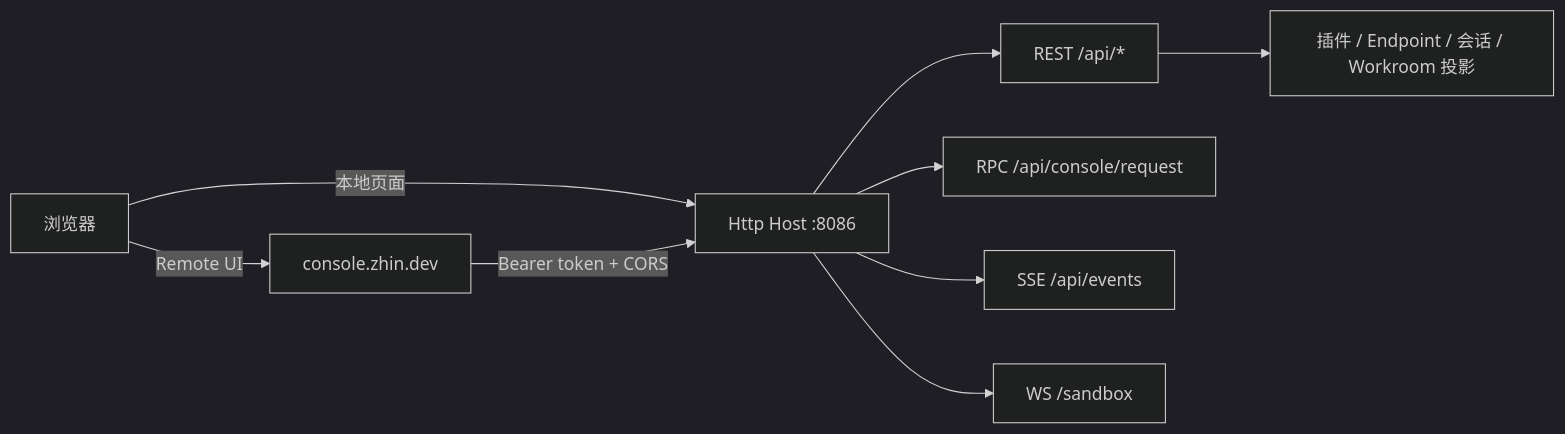
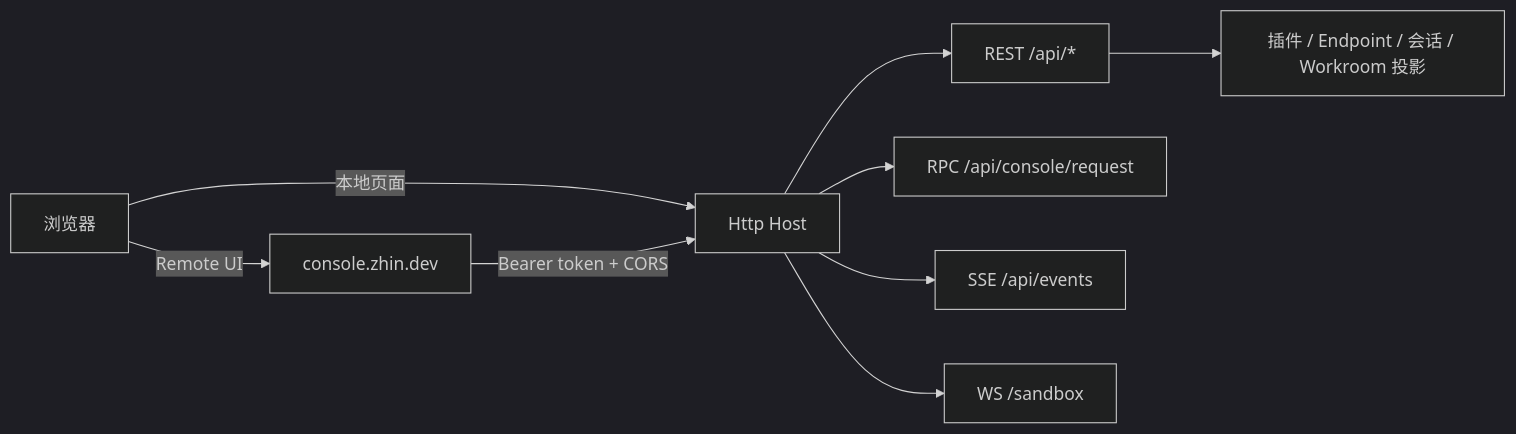
One commit to zhinjs/zhin changed the diagram in docs/console/index.md. Above: the diagram before and after it, drawn with Mermaid (dark theme). The commit also changed other lines of this file and 51 other files, not shown here.

````diff
--- a/docs/console/index.md
+++ b/docs/console/index.md
@@ -9,11 +11,11 @@
 ```mermaid
 flowchart LR
     B[浏览器] -->|Remote UI| RC[console.zhin.dev]
     B -->|本地页面| H
-    RC -->|Bearer token + CORS| H[Http Host :8086]
+    RC -->|Bearer token + CORS| H[Http Host]
     H --> R1[REST /api/*]
     H --> R2[RPC /api/console/request]
     H --> R3[SSE /api/events]
     H --> R4[WS /sandbox]
     R1 --> P[插件 / Endpoint / 会话 / Workroom 投影]
 ```
````
